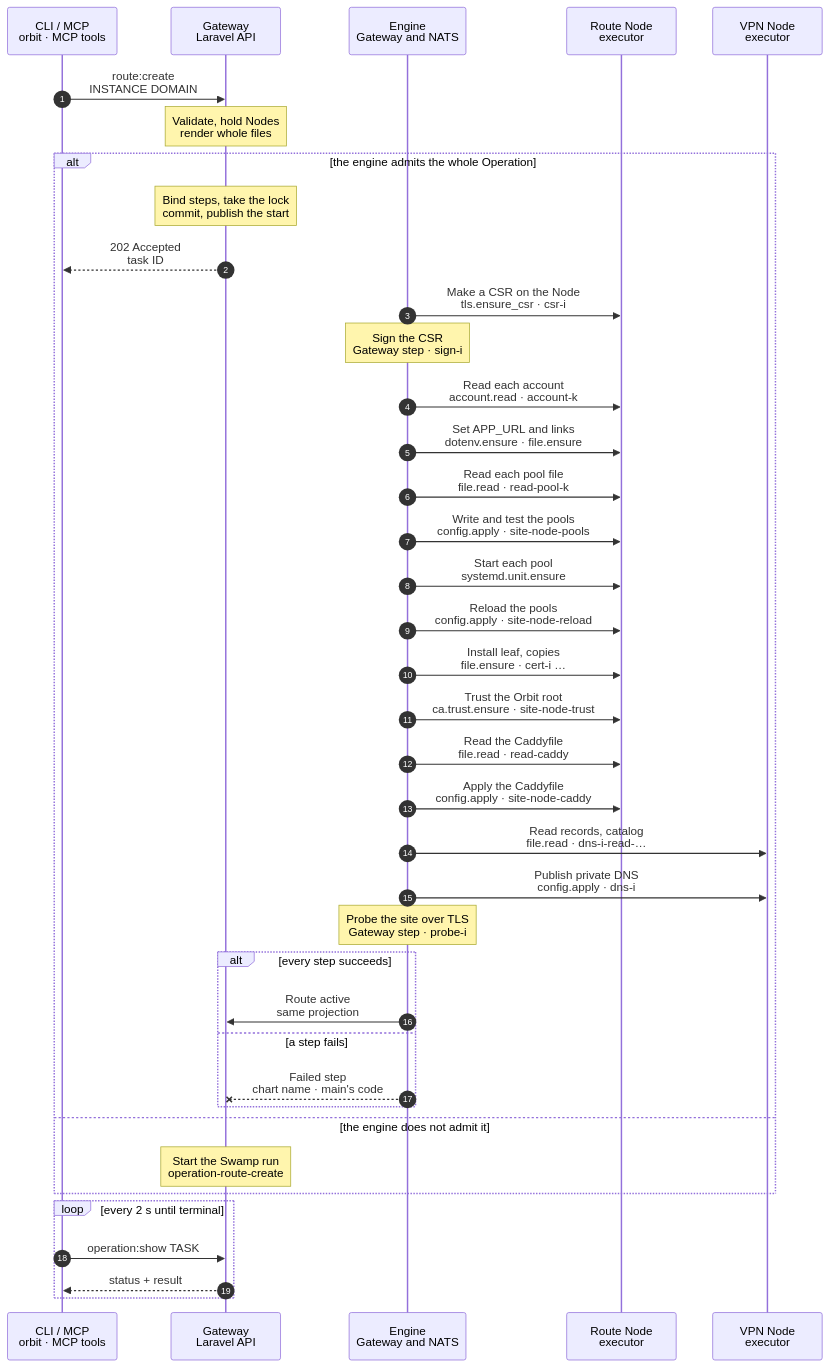
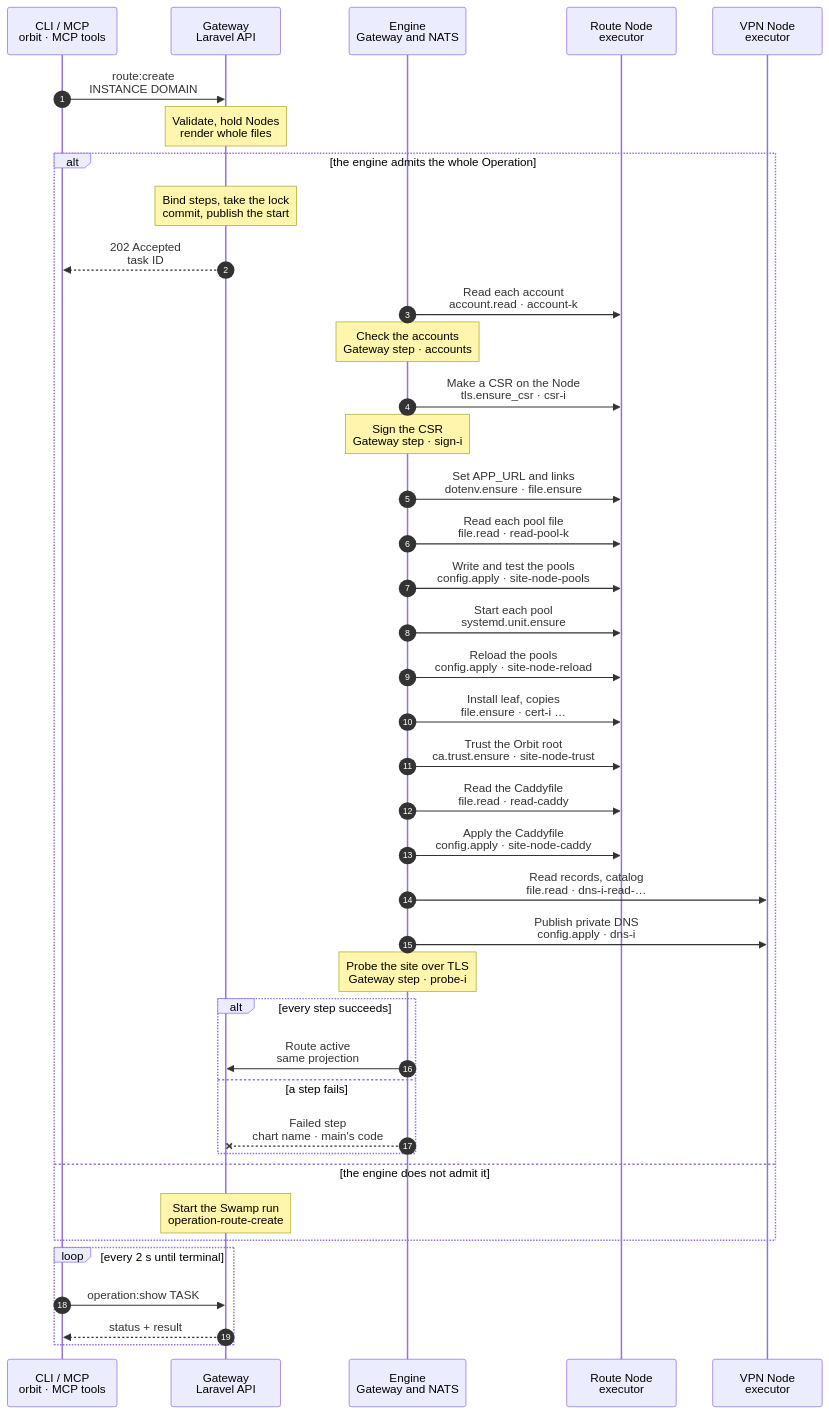
Before and after one commit to hardimpactdev/orbit: the diagram in docs/cli/route/engine/create.mmd, drawn with Mermaid. The commit also changed 5 other files, not shown here.

First line of the commit message:
ORB-6352: read every account first and refuse an absent one before any change; canonical owner

```diff
--- a/docs/cli/route/engine/create.mmd
+++ b/docs/cli/route/engine/create.mmd
@@ -1,76 +1,78 @@
 sequenceDiagram
   %% route.create on the Gateway engine: the steps of route/create.mmd (workflow operation-route-create) as host catalogue primitives composed in the Gateway (RouteEngineFlow, RouteHostSteps). ADR 0271, Routes rewrite PR B (ORB-6352).
   %% Pending A4: Caddy's recursive access needs posix.acl.ensure with `scope: tree`; a Route with access rows runs on Swamp until it lands.
   %% status: draft
   %% command: route:create
   %% kind: route.create
   autonumber
   %% lane CLI icon=terminal pill=caller tone=gray
   %% lane GW icon=gateway pill=intent tone=blue
   %% lane EN icon=workflow pill=engine tone=purple
   %% lane N icon=server pill=executor tone=amber
   %% lane V icon=server pill=executor tone=green
   participant CLI as CLI / MCP<br/>orbit · MCP tools
   participant GW as Gateway<br/>Laravel API
   participant EN as Engine<br/>Gateway and NATS
   participant N as Route Node<br/>executor
   participant V as VPN Node<br/>executor
   CLI->>GW: route:create<br/>INSTANCE DOMAIN
   Note over GW: Validate, hold Nodes<br/>render whole files
   %%> Same guards and admitted plan as route/create.mmd (`route_create`, NativeRouteCreatePlan)
   %%> The publication hold covers every Node of the plan: site and leaf Nodes and each VPN Node with DNS work, from the reads to the guarded writes, also after an admission wait (RoutePublicationHolds)
   %%> Each account the Node's steps write for is read on the Node first (`account.read`): home, primary group and gid by NSS; pools are rendered with the group's name
   alt the engine admits the whole Operation
     %%> Admission, one decision per Operation (EngineKinds::routes):
     %%> - `route.create` is in `ORBIT_ENGINE_KINDS`, and every Node a step touches reports each step's primitive in `$KV.NODES` (the `host` family with `account.read`, agent 0.37.0), with `tls.csr_input` on the leaf Node; every build with the host family has file.ensure `source_path`, so the key copy needs no feature
     %%> - the flow accepts the plan shape; an Ingress edge, a LAN rule, a production `.env`, awake markers, Caddy access rows, or a pool outside the two pool kinds throws `EngineUnsupported`
     %%> - the kind's own admission (RouteEngineFlow::admit) also refuses a Route with Caddy access rows, and a Node with work that lacks one host primitive, or a leaf Node that lacks `tls.csr_input`
     %%> - production never moves: a site or leaf Node that is not an app-dev Node (app-prod, unclassified, no role), a DNS Node without the vpn role, a target Instance outside development, or an intent with a production placement or `production_control` keeps the whole Operation on Swamp
     Note over GW: Bind steps, take the lock<br/>commit, publish the start
     GW-->>CLI: 202 Accepted<br/>task ID
+    EN->>N: Read each account<br/>account.read · account-k
+    %%> First, on each site Node: the Node's account (leaf copies, pools) and each other link owner; the recorded answer keeps a retry byte for byte, and its canonical `user` owns the account's files
+    Note over EN: Check the accounts<br/>Gateway step · accounts
+    %%> An account NSS does not resolve now (`absent`) refuses here, before any request, so nothing has changed; the step is the Node's site step, so the Route records `route.publish_failed`
     EN->>N: Make a CSR on the Node<br/>tls.ensure_csr · csr-i
     %%> The Gateway sends the folder, its root:caddy owner, modes 0750 and 0640, and the subject; the key never leaves the Node
     Note over EN: Sign the CSR<br/>Gateway step · sign-i
     %%> As `operation:direct:certificate-sign`; a pending cancel refuses
-    EN->>N: Read each account<br/>account.read · account-k
-    %%> The Node's account (leaf copies, pools) and each other link owner; the recorded answer keeps a retry byte for byte; an absent account fails the next step that needs it (`route.publish_failed`)
     EN->>N: Set APP_URL and links<br/>dotenv.ensure · file.ensure
     %%> `site-node-url-k`: the last `APP_URL=` line of an existing `.env` that the account owns, replaced or appended; `site-node-link-k`: a release link owned by its account
     EN->>N: Read each pool file<br/>file.read · read-pool-k
     %%> One path, read only: absent, or present with its type, owner, mode and, for a regular file, its SHA-256; never its content. The step records the answer
     EN->>N: Write and test the pools<br/>config.apply · site-node-pools
     %%> Under `/etc/caddy/.orbit-publish.lock`: each pool rendered whole with the account's group and home, root:root 0644, with the digest its read recorded as `from_sha256` (none when absent); `php-fpm` validators from the fixed list; a failed test restores the files
     EN->>N: Start each pool<br/>systemd.unit.ensure
     EN->>N: Reload the pools<br/>config.apply · site-node-reload
     %%> The same files with the digest of the bytes the install left as their guard, so it writes nothing and refuses a change made since; validators, then each pool unit reloads on every run, as route.publish_site did
     EN->>N: Install leaf, copies<br/>file.ensure · cert-i …
     %%> `cert-i`: the signed leaf, root:caddy 0644; `current-i`: the version link; `folder-i`: the account copy's folder, root 0755 as `install -D` made it; `key-i`: the key copied on the Node (`source_path`), account 0600; `copy-i`: the leaf, account 0600; `copylink-i`: the account's version link
     EN->>N: Trust the Orbit root<br/>ca.trust.ensure · site-node-trust
     %%> Named after the root's fingerprint (`orbit-managed-root-ca-<16 hex>.crt`), so a new root gets its own name and hash link; an old root stays until the Gateway knows it (follow-up)
     %%> `orbit-managed-root-ca.crt`, root:root 0644; the plain `update-ca-certificates` runs after a change
     EN->>N: Read the Caddyfile<br/>file.read · read-caddy
     EN->>N: Apply the Caddyfile<br/>config.apply · site-node-caddy
     %%> Under `/etc/caddy/.orbit-publish.lock`: the whole Caddyfile, root:caddy 0640, with the digest its read recorded; validated as `caddy`; Caddy reloads on every run; a failed validation or reload restores the file
     EN->>V: Read records, catalog<br/>file.read · dns-i-read-…
     EN->>V: Publish private DNS<br/>config.apply · dns-i
     %%> Beside the sites, after the signatures. Under `/run/lock/orbit-dnsmasq.lock`: records and catalog, root:root 0644, each with the digest its read recorded; the `dnsmasq` validator over `/etc/dnsmasq.conf` and `/etc/dnsmasq.d`; dnsmasq and the private DNS listener restart on every run
     Note over EN: Probe the site over TLS<br/>Gateway step · probe-i
     %%> After each Node's last site step: a TLS handshake by WireGuard address, trusting only the Orbit root
     %%> A read that finds a link in a file's place runs that file's unlink step (`file.ensure` absent, never following it), and the write then sends no guard; for any other read the unlink step is done without an order (EngineSkip)
     %%> Every config.apply input comes from the admitted plan and the recorded reads, so a resend carries the same bytes, the order's identity; each step has its own `recovery_dir` under `/var/lib/orbit/executor/config-recovery` (`pool-install`, `pool-reload`, `caddy`, `dns`)
     %%> The writes overwrite whatever the Node held at the read, as main's route.create did: a pool with a numeric gid or a catalog in another key order is replaced; the guard refuses only when a file changed between its read and its write, under the Node publication hold and the lock
     alt every step succeeds
       EN->>GW: Route active<br/>same projection
     else a step fails
       EN--xGW: Failed step<br/>chart name · main's code
       %%> A Node's site steps record `Install cert, publish site-<node>` with `route.publish_failed`; `dns-i` records `Publish private DNS-i` with `private_dns.publication_failed`, main's codes; a guard refusal records its chart step's code too, as main maps it
     end
   else the engine does not admit it
     Note over GW: Start the Swamp run<br/>operation-route-create
     %%> No step runs on the engine; an Operation never splits across engines
     %%> A Route with Caddy access rows runs here, with Swamp's recursive access, until A4 lands; PR D keeps the old actions until then
   end
   loop every 2 s until terminal
     CLI->>GW: operation:show TASK
     GW-->>CLI: status + result
   end
```
